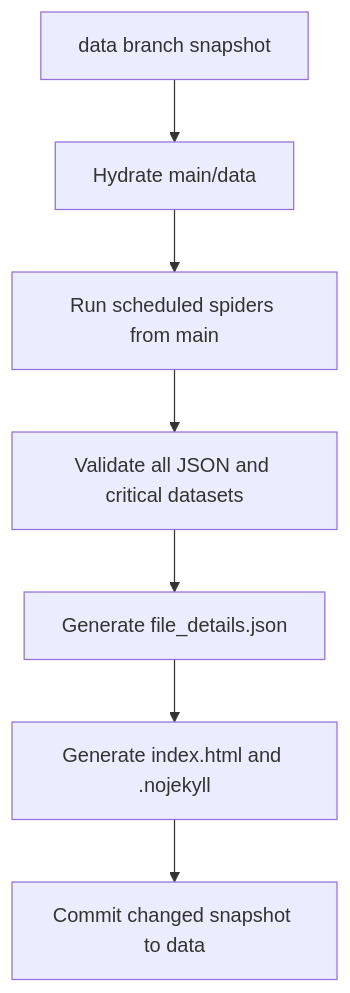
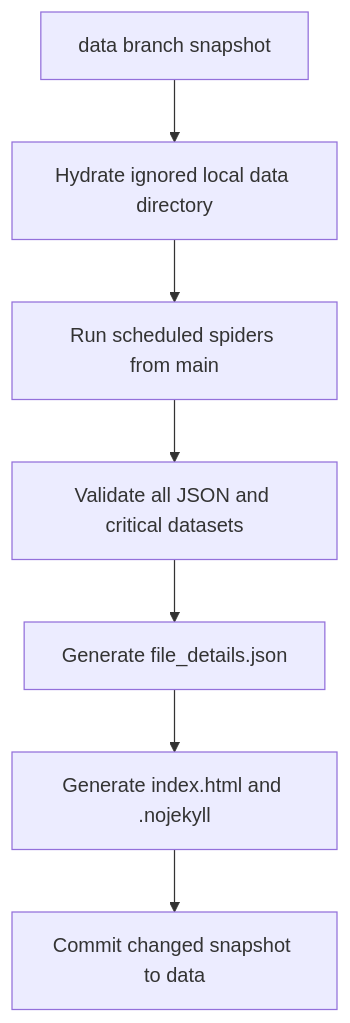
Before and after one commit to NTHU-SA/NTHU-Data-Scraper: the diagram in workflow.md, drawn with Mermaid. The commit also changed other lines of this file and 2 other files, not shown here.

Commit message:
chore: keep main source-only after data history cleanup

````diff
--- a/workflow.md
+++ b/workflow.md
@@ -22,9 +31,9 @@
 ```mermaid
 flowchart TD
-  snapshot[data branch snapshot] --> hydrate[Hydrate main/data]
+  snapshot[data branch snapshot] --> hydrate[Hydrate ignored local data directory]
   hydrate --> crawl[Run scheduled spiders from main]
   crawl --> validate[Validate all JSON and critical datasets]
   validate --> metadata[Generate file_details.json]
   metadata --> index[Generate index.html and .nojekyll]
   index --> commit[Commit changed snapshot to data]
 ```
````
